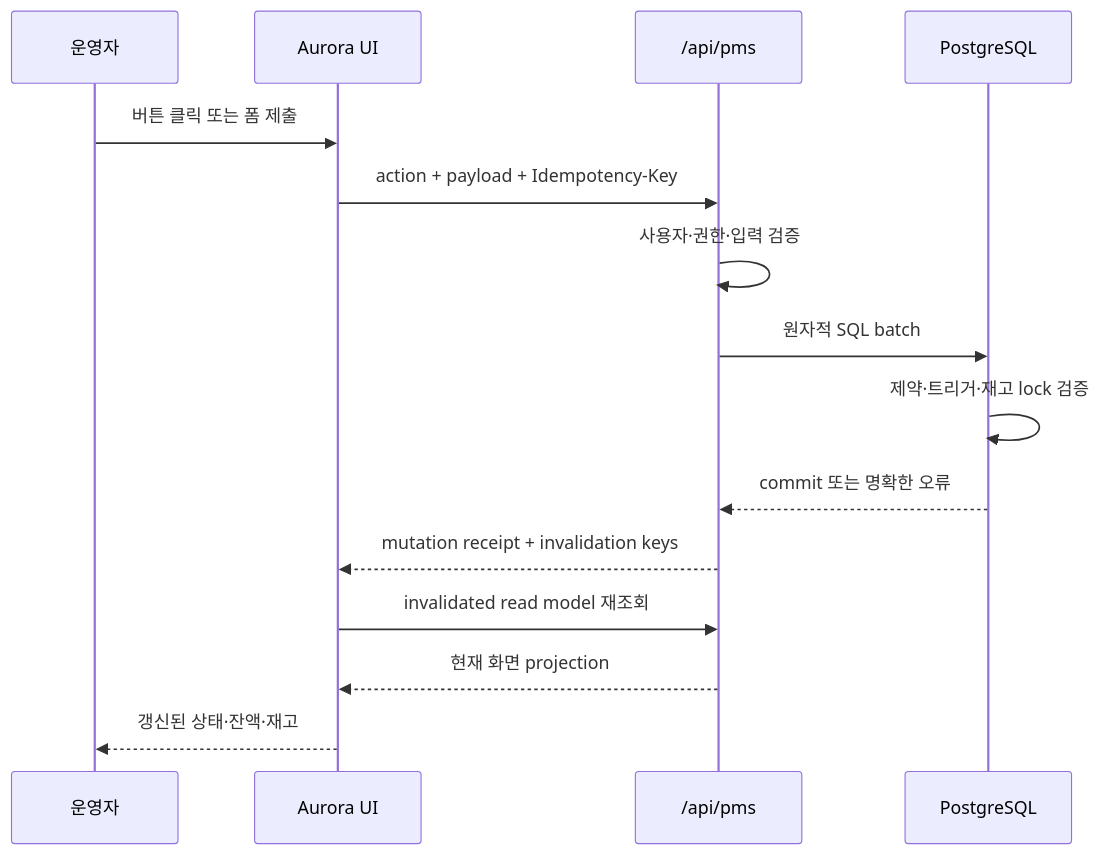
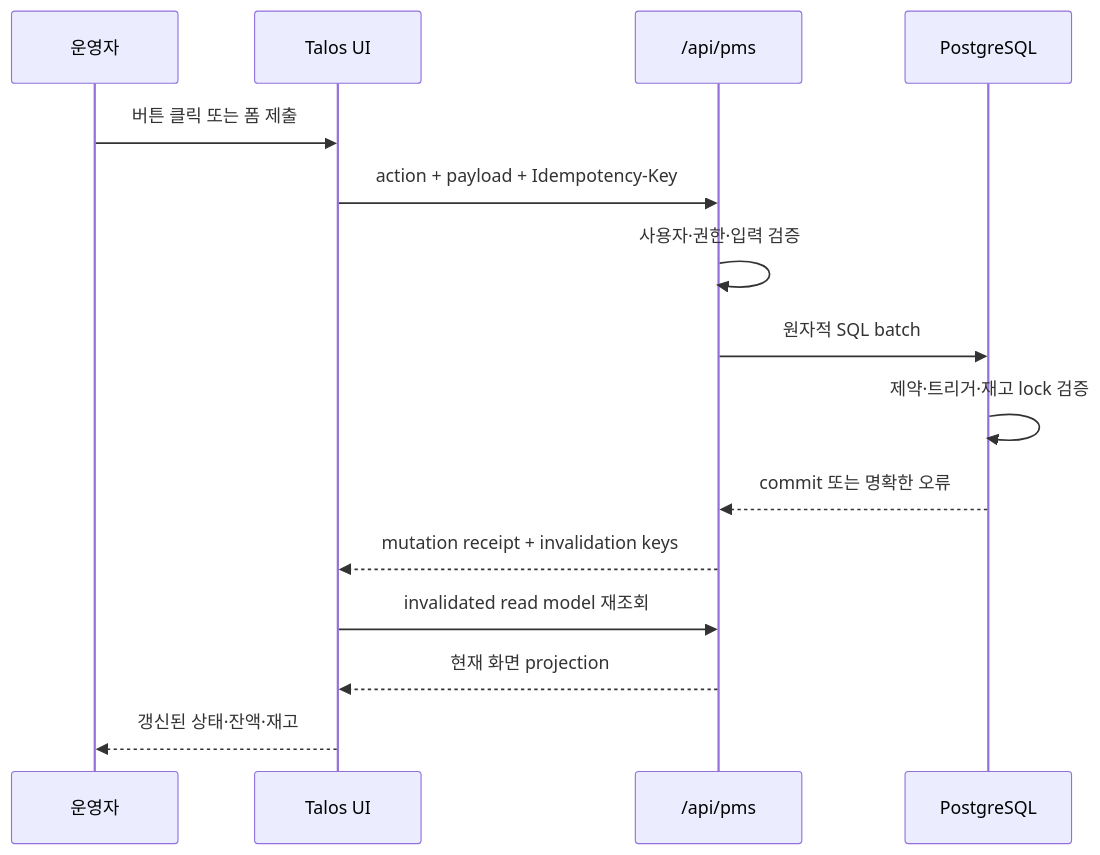
Before and after one commit to sksmsrkk-glitch/Aurora_PMS: the second of 4 diagrams in docs/architecture.md, drawn with Mermaid. The commit also changed other lines of this file and 65 other files, not shown here.

Commit message:
Rebrand Aurora PMS as Talos PMS (#25)

````diff
--- a/docs/architecture.md
+++ b/docs/architecture.md
@@ -61,17 +61,17 @@
 ```mermaid
 sequenceDiagram
   participant User as 운영자
-  participant UI as Aurora UI
+  participant UI as Talos UI
   participant API as /api/pms
   participant DB as PostgreSQL
   User->>UI: 버튼 클릭 또는 폼 제출
   UI->>API: action + payload + Idempotency-Key
   API->>API: 사용자·권한·입력 검증
   API->>DB: 원자적 SQL batch
   DB->>DB: 제약·트리거·재고 lock 검증
   DB-->>API: commit 또는 명확한 오류
   API-->>UI: mutation receipt + invalidation keys
   UI->>API: invalidated read model 재조회
   API-->>UI: 현재 화면 projection
   UI-->>User: 갱신된 상태·잔액·재고
 ```
````
